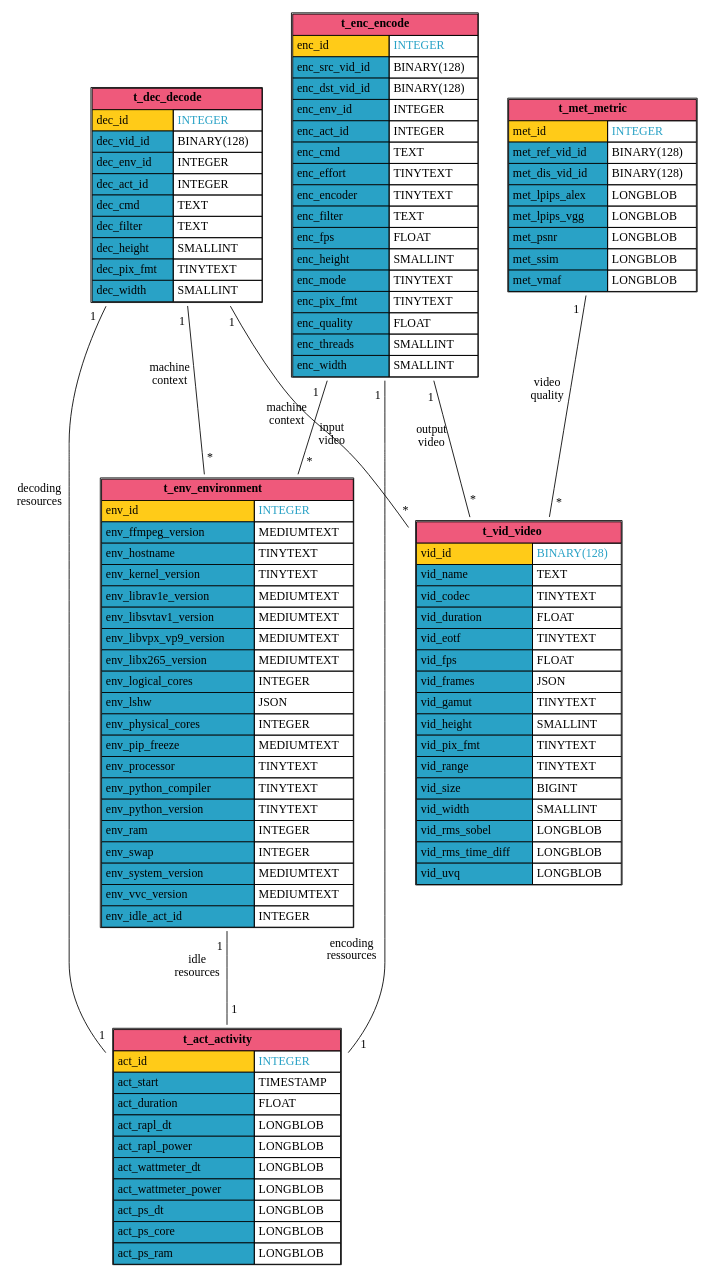
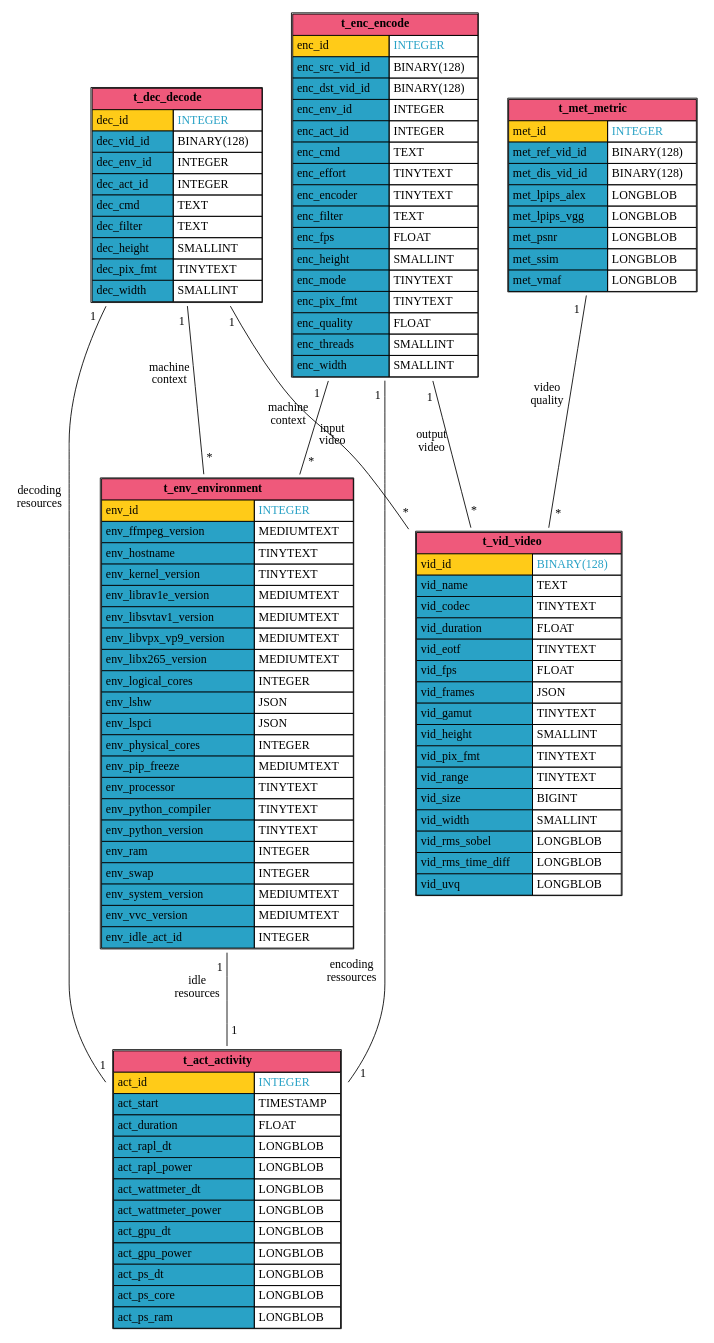
Before and after one commit to robinechuca/mendevi: the diagram in docs/media/sql_database.dot, drawn with Graphviz. The commit also changed 4 other files, not shown here.

```diff
--- a/docs/media/sql_database.dot
+++ b/docs/media/sql_database.dot
@@ -1,133 +1,136 @@
 # dot -Tsvg sql_database.dot > sql_database.svg
 graph database {
   node [shape=plaintext]
   t_act_activity [
     label=<
       <TABLE BORDER="1" CELLBORDER="1" CELLSPACING="0" CELLPADDING="4">
         <TR><TD COLSPAN="2" BGCOLOR="#ef597b"><B>t_act_activity</B></TD></TR>
         <TR><TD ALIGN="LEFT" BGCOLOR="#ffcb18">act_id</TD><TD ALIGN="LEFT"><FONT COLOR="#29a2c6">INTEGER</FONT></TD></TR>
         <TR><TD ALIGN="LEFT" BGCOLOR="#29a2c6">act_start</TD><TD ALIGN="LEFT">TIMESTAMP</TD></TR>
         <TR><TD ALIGN="LEFT" BGCOLOR="#29a2c6">act_duration</TD><TD ALIGN="LEFT">FLOAT</TD></TR>
         <TR><TD ALIGN="LEFT" BGCOLOR="#29a2c6">act_rapl_dt</TD><TD ALIGN="LEFT">LONGBLOB</TD></TR>
         <TR><TD ALIGN="LEFT" BGCOLOR="#29a2c6">act_rapl_power</TD><TD ALIGN="LEFT">LONGBLOB</TD></TR>
         <TR><TD ALIGN="LEFT" BGCOLOR="#29a2c6">act_wattmeter_dt</TD><TD ALIGN="LEFT">LONGBLOB</TD></TR>
         <TR><TD ALIGN="LEFT" BGCOLOR="#29a2c6">act_wattmeter_power</TD><TD ALIGN="LEFT">LONGBLOB</TD></TR>
+        <TR><TD ALIGN="LEFT" BGCOLOR="#29a2c6">act_gpu_dt</TD><TD ALIGN="LEFT">LONGBLOB</TD></TR>
+        <TR><TD ALIGN="LEFT" BGCOLOR="#29a2c6">act_gpu_power</TD><TD ALIGN="LEFT">LONGBLOB</TD></TR>
         <TR><TD ALIGN="LEFT" BGCOLOR="#29a2c6">act_ps_dt</TD><TD ALIGN="LEFT">LONGBLOB</TD></TR>
         <TR><TD ALIGN="LEFT" BGCOLOR="#29a2c6">act_ps_core</TD><TD ALIGN="LEFT">LONGBLOB</TD></TR>
         <TR><TD ALIGN="LEFT" BGCOLOR="#29a2c6">act_ps_ram</TD><TD ALIGN="LEFT">LONGBLOB</TD></TR>
       </TABLE>
     >
   ];
   t_vid_video [
     label=<
       <TABLE BORDER="1" CELLBORDER="1" CELLSPACING="0" CELLPADDING="4">
         <TR><TD COLSPAN="2" BGCOLOR="#ef597b"><B>t_vid_video</B></TD></TR>
         <TR><TD ALIGN="LEFT" BGCOLOR="#ffcb18">vid_id</TD><TD ALIGN="LEFT"><FONT COLOR="#29a2c6">BINARY(128)</FONT></TD></TR>
         <TR><TD ALIGN="LEFT" BGCOLOR="#29a2c6">vid_name</TD><TD ALIGN="LEFT">TEXT</TD></TR>
         <TR><TD ALIGN="LEFT" BGCOLOR="#29a2c6">vid_codec</TD><TD ALIGN="LEFT">TINYTEXT</TD></TR>
         <TR><TD ALIGN="LEFT" BGCOLOR="#29a2c6">vid_duration</TD><TD ALIGN="LEFT">FLOAT</TD></TR>
         <TR><TD ALIGN="LEFT" BGCOLOR="#29a2c6">vid_eotf</TD><TD ALIGN="LEFT">TINYTEXT</TD></TR>
         <TR><TD ALIGN="LEFT" BGCOLOR="#29a2c6">vid_fps</TD><TD ALIGN="LEFT">FLOAT</TD></TR>
         <TR><TD ALIGN="LEFT" BGCOLOR="#29a2c6">vid_frames</TD><TD ALIGN="LEFT">JSON</TD></TR>
         <TR><TD ALIGN="LEFT" BGCOLOR="#29a2c6">vid_gamut</TD><TD ALIGN="LEFT">TINYTEXT</TD></TR>
         <TR><TD ALIGN="LEFT" BGCOLOR="#29a2c6">vid_height</TD><TD ALIGN="LEFT">SMALLINT</TD></TR>
         <TR><TD ALIGN="LEFT" BGCOLOR="#29a2c6">vid_pix_fmt</TD><TD ALIGN="LEFT">TINYTEXT</TD></TR>
         <TR><TD ALIGN="LEFT" BGCOLOR="#29a2c6">vid_range</TD><TD ALIGN="LEFT">TINYTEXT</TD></TR>
         <TR><TD ALIGN="LEFT" BGCOLOR="#29a2c6">vid_size</TD><TD ALIGN="LEFT">BIGINT</TD></TR>
         <TR><TD ALIGN="LEFT" BGCOLOR="#29a2c6">vid_width</TD><TD ALIGN="LEFT">SMALLINT</TD></TR>
         <TR><TD ALIGN="LEFT" BGCOLOR="#29a2c6">vid_rms_sobel</TD><TD ALIGN="LEFT">LONGBLOB</TD></TR>
         <TR><TD ALIGN="LEFT" BGCOLOR="#29a2c6">vid_rms_time_diff</TD><TD ALIGN="LEFT">LONGBLOB</TD></TR>
         <TR><TD ALIGN="LEFT" BGCOLOR="#29a2c6">vid_uvq</TD><TD ALIGN="LEFT">LONGBLOB</TD></TR>
       </TABLE>
     >
   ];
   t_met_metric [
     label=<
       <TABLE BORDER="1" CELLBORDER="1" CELLSPACING="0" CELLPADDING="4">
         <TR><TD COLSPAN="2" BGCOLOR="#ef597b"><B>t_met_metric</B></TD></TR>
         <TR><TD ALIGN="LEFT" BGCOLOR="#ffcb18">met_id</TD><TD ALIGN="LEFT"><FONT COLOR="#29a2c6">INTEGER</FONT></TD></TR>
         <TR><TD ALIGN="LEFT" BGCOLOR="#29a2c6">met_ref_vid_id</TD><TD ALIGN="LEFT">BINARY(128)</TD></TR>
         <TR><TD ALIGN="LEFT" BGCOLOR="#29a2c6">met_dis_vid_id</TD><TD ALIGN="LEFT">BINARY(128)</TD></TR>
         <TR><TD ALIGN="LEFT" BGCOLOR="#29a2c6">met_lpips_alex</TD><TD ALIGN="LEFT">LONGBLOB</TD></TR>
         <TR><TD ALIGN="LEFT" BGCOLOR="#29a2c6">met_lpips_vgg</TD><TD ALIGN="LEFT">LONGBLOB</TD></TR>
         <TR><TD ALIGN="LEFT" BGCOLOR="#29a2c6">met_psnr</TD><TD ALIGN="LEFT">LONGBLOB</TD></TR>
         <TR><TD ALIGN="LEFT" BGCOLOR="#29a2c6">met_ssim</TD><TD ALIGN="LEFT">LONGBLOB</TD></TR>
         <TR><TD ALIGN="LEFT" BGCOLOR="#29a2c6">met_vmaf</TD><TD ALIGN="LEFT">LONGBLOB</TD></TR>
       </TABLE>
     >
   ];
   t_env_environment [
     label=<
       <TABLE BORDER="1" CELLBORDER="1" CELLSPACING="0" CELLPADDING="4">
         <TR><TD COLSPAN="2" BGCOLOR="#ef597b"><B>t_env_environment</B></TD></TR>
         <TR><TD ALIGN="LEFT" BGCOLOR="#ffcb18">env_id</TD><TD ALIGN="LEFT"><FONT COLOR="#29a2c6">INTEGER</FONT></TD></TR>
         <TR><TD ALIGN="LEFT" BGCOLOR="#29a2c6">env_ffmpeg_version</TD><TD ALIGN="LEFT">MEDIUMTEXT</TD></TR>
         <TR><TD ALIGN="LEFT" BGCOLOR="#29a2c6">env_hostname</TD><TD ALIGN="LEFT">TINYTEXT</TD></TR>
         <TR><TD ALIGN="LEFT" BGCOLOR="#29a2c6">env_kernel_version</TD><TD ALIGN="LEFT">TINYTEXT</TD></TR>
         <TR><TD ALIGN="LEFT" BGCOLOR="#29a2c6">env_librav1e_version</TD><TD ALIGN="LEFT">MEDIUMTEXT</TD></TR>
         <TR><TD ALIGN="LEFT" BGCOLOR="#29a2c6">env_libsvtav1_version</TD><TD ALIGN="LEFT">MEDIUMTEXT</TD></TR>
         <TR><TD ALIGN="LEFT" BGCOLOR="#29a2c6">env_libvpx_vp9_version</TD><TD ALIGN="LEFT">MEDIUMTEXT</TD></TR>
         <TR><TD ALIGN="LEFT" BGCOLOR="#29a2c6">env_libx265_version</TD><TD ALIGN="LEFT">MEDIUMTEXT</TD></TR>
         <TR><TD ALIGN="LEFT" BGCOLOR="#29a2c6">env_logical_cores</TD><TD ALIGN="LEFT">INTEGER</TD></TR>
         <TR><TD ALIGN="LEFT" BGCOLOR="#29a2c6">env_lshw</TD><TD ALIGN="LEFT">JSON</TD></TR>
+        <TR><TD ALIGN="LEFT" BGCOLOR="#29a2c6">env_lspci</TD><TD ALIGN="LEFT">JSON</TD></TR>
         <TR><TD ALIGN="LEFT" BGCOLOR="#29a2c6">env_physical_cores</TD><TD ALIGN="LEFT">INTEGER</TD></TR>
         <TR><TD ALIGN="LEFT" BGCOLOR="#29a2c6">env_pip_freeze</TD><TD ALIGN="LEFT">MEDIUMTEXT</TD></TR>
         <TR><TD ALIGN="LEFT" BGCOLOR="#29a2c6">env_processor</TD><TD ALIGN="LEFT">TINYTEXT</TD></TR>
         <TR><TD ALIGN="LEFT" BGCOLOR="#29a2c6">env_python_compiler</TD><TD ALIGN="LEFT">TINYTEXT</TD></TR>
         <TR><TD ALIGN="LEFT" BGCOLOR="#29a2c6">env_python_version</TD><TD ALIGN="LEFT">TINYTEXT</TD></TR>
         <TR><TD ALIGN="LEFT" BGCOLOR="#29a2c6">env_ram</TD><TD ALIGN="LEFT">INTEGER</TD></TR>
         <TR><TD ALIGN="LEFT" BGCOLOR="#29a2c6">env_swap</TD><TD ALIGN="LEFT">INTEGER</TD></TR>
         <TR><TD ALIGN="LEFT" BGCOLOR="#29a2c6">env_system_version</TD><TD ALIGN="LEFT">MEDIUMTEXT</TD></TR>
         <TR><TD ALIGN="LEFT" BGCOLOR="#29a2c6">env_vvc_version</TD><TD ALIGN="LEFT">MEDIUMTEXT</TD></TR>
         <TR><TD ALIGN="LEFT" BGCOLOR="#29a2c6">env_idle_act_id</TD><TD ALIGN="LEFT">INTEGER</TD></TR>
       </TABLE>
     >
   ];
   t_dec_decode [
     label=<
       <TABLE BORDER="1" CELLBORDER="1" CELLSPACING="0" CELLPADDING="4">
         <TR><TD COLSPAN="2" BGCOLOR="#ef597b"><B>t_dec_decode</B></TD></TR>
         <TR><TD ALIGN="LEFT" BGCOLOR="#ffcb18">dec_id</TD><TD ALIGN="LEFT"><FONT COLOR="#29a2c6">INTEGER</FONT></TD></TR>
         <TR><TD ALIGN="LEFT" BGCOLOR="#29a2c6">dec_vid_id</TD><TD ALIGN="LEFT">BINARY(128)</TD></TR>
         <TR><TD ALIGN="LEFT" BGCOLOR="#29a2c6">dec_env_id</TD><TD ALIGN="LEFT">INTEGER</TD></TR>
         <TR><TD ALIGN="LEFT" BGCOLOR="#29a2c6">dec_act_id</TD><TD ALIGN="LEFT">INTEGER</TD></TR>
         <TR><TD ALIGN="LEFT" BGCOLOR="#29a2c6">dec_cmd</TD><TD ALIGN="LEFT">TEXT</TD></TR>
         <TR><TD ALIGN="LEFT" BGCOLOR="#29a2c6">dec_filter</TD><TD ALIGN="LEFT">TEXT</TD></TR>
         <TR><TD ALIGN="LEFT" BGCOLOR="#29a2c6">dec_height</TD><TD ALIGN="LEFT">SMALLINT</TD></TR>
         <TR><TD ALIGN="LEFT" BGCOLOR="#29a2c6">dec_pix_fmt</TD><TD ALIGN="LEFT">TINYTEXT</TD></TR>
         <TR><TD ALIGN="LEFT" BGCOLOR="#29a2c6">dec_width</TD><TD ALIGN="LEFT">SMALLINT</TD></TR>
       </TABLE>
     >
   ];
   t_enc_encode [
     label=<
       <TABLE BORDER="1" CELLBORDER="1" CELLSPACING="0" CELLPADDING="4">
         <TR><TD COLSPAN="2" BGCOLOR="#ef597b"><B>t_enc_encode</B></TD></TR>
         <TR><TD ALIGN="LEFT" BGCOLOR="#ffcb18">enc_id</TD><TD ALIGN="LEFT"><FONT COLOR="#29a2c6">INTEGER</FONT></TD></TR>
         <TR><TD ALIGN="LEFT" BGCOLOR="#29a2c6">enc_src_vid_id</TD><TD ALIGN="LEFT">BINARY(128)</TD></TR>
         <TR><TD ALIGN="LEFT" BGCOLOR="#29a2c6">enc_dst_vid_id</TD><TD ALIGN="LEFT">BINARY(128)</TD></TR>
         <TR><TD ALIGN="LEFT" BGCOLOR="#29a2c6">enc_env_id</TD><TD ALIGN="LEFT">INTEGER</TD></TR>
         <TR><TD ALIGN="LEFT" BGCOLOR="#29a2c6">enc_act_id</TD><TD ALIGN="LEFT">INTEGER</TD></TR>
         <TR><TD ALIGN="LEFT" BGCOLOR="#29a2c6">enc_cmd</TD><TD ALIGN="LEFT">TEXT</TD></TR>
         <TR><TD ALIGN="LEFT" BGCOLOR="#29a2c6">enc_effort</TD><TD ALIGN="LEFT">TINYTEXT</TD></TR>
         <TR><TD ALIGN="LEFT" BGCOLOR="#29a2c6">enc_encoder</TD><TD ALIGN="LEFT">TINYTEXT</TD></TR>
         <TR><TD ALIGN="LEFT" BGCOLOR="#29a2c6">enc_filter</TD><TD ALIGN="LEFT">TEXT</TD></TR>
         <TR><TD ALIGN="LEFT" BGCOLOR="#29a2c6">enc_fps</TD><TD ALIGN="LEFT">FLOAT</TD></TR>
         <TR><TD ALIGN="LEFT" BGCOLOR="#29a2c6">enc_height</TD><TD ALIGN="LEFT">SMALLINT</TD></TR>
         <TR><TD ALIGN="LEFT" BGCOLOR="#29a2c6">enc_mode</TD><TD ALIGN="LEFT">TINYTEXT</TD></TR>
         <TR><TD ALIGN="LEFT" BGCOLOR="#29a2c6">enc_pix_fmt</TD><TD ALIGN="LEFT">TINYTEXT</TD></TR>
         <TR><TD ALIGN="LEFT" BGCOLOR="#29a2c6">enc_quality</TD><TD ALIGN="LEFT">FLOAT</TD></TR>
         <TR><TD ALIGN="LEFT" BGCOLOR="#29a2c6">enc_threads</TD><TD ALIGN="LEFT">SMALLINT</TD></TR>
         <TR><TD ALIGN="LEFT" BGCOLOR="#29a2c6">enc_width</TD><TD ALIGN="LEFT">SMALLINT</TD></TR>
       </TABLE>
     >
   ];
   t_enc_encode -- t_act_activity [minlen=3, taillabel="1", headlabel="1", xlabel="encoding\nressources", labeldistance=2.0]
   t_enc_encode -- t_env_environment [minlen=3, taillabel="1", headlabel="*", xlabel="machine\ncontext", labeldistance=2.0]
   t_enc_encode -- t_vid_video [minlen=3, taillabel="1", headlabel="*", xlabel="output\nvideo", labeldistance=2.0]
   t_met_metric -- t_vid_video [minlen=3, taillabel="1", headlabel="*", xlabel="video\nquality", labeldistance=2.0]
   t_dec_decode -- t_act_activity [minlen=3, taillabel="1", headlabel="1", xlabel="decoding\nresources", labeldistance=2.0]
   t_dec_decode -- t_env_environment [minlen=3, taillabel="1", headlabel="*", xlabel="machine\ncontext", labeldistance=2.0]
   t_dec_decode -- t_vid_video [minlen=3, taillabel="1", headlabel="*", xlabel="input\nvideo", labeldistance=2.0]
   t_env_environment -- t_act_activity [minlen=3, taillabel="1", headlabel="1", xlabel="idle\nresources", labeldistance=2.0]
 }
```
